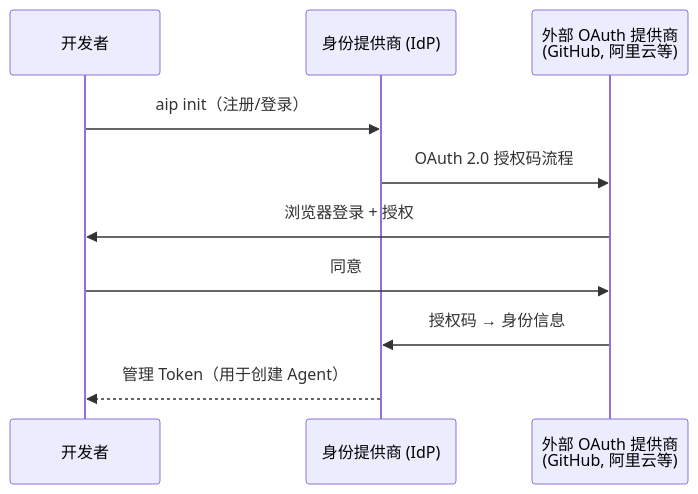
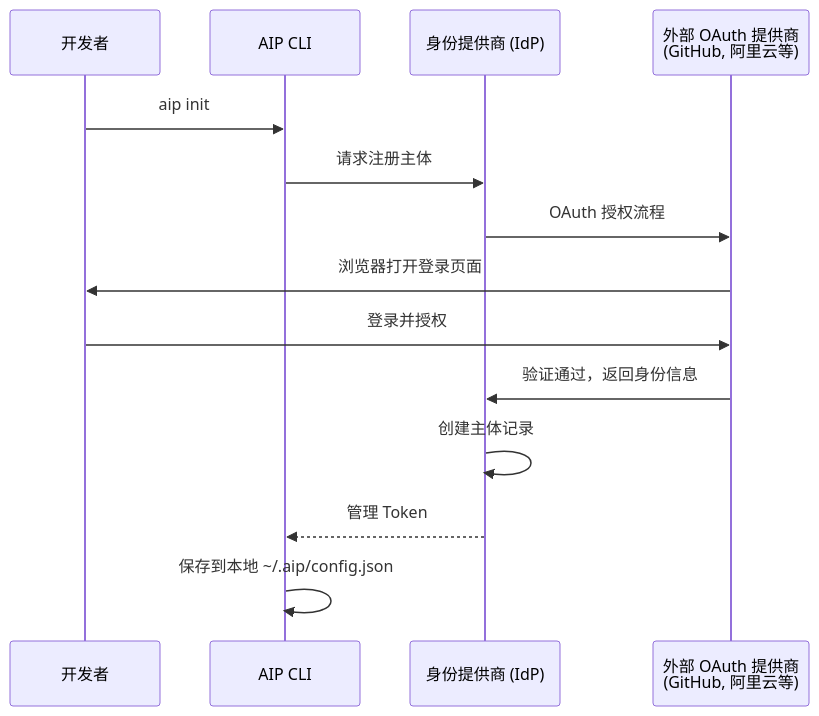
The first of 8 diagrams in README.md (agentscope-ai/agent-identity), drawn with Mermaid before and after one commit. The commit also changed other lines of this file, not shown here.

````diff
--- a/README.md
+++ b/README.md
@@ -42,13 +42,17 @@
 ```mermaid
 sequenceDiagram
     participant Dev as 开发者
+    participant CLI as AIP CLI
     participant IdP as 身份提供商 (IdP)
     participant OAuth as 外部 OAuth 提供商<br/>(GitHub, 阿里云等)
 
-    Dev->>IdP: aip init（注册/登录）
-    IdP->>OAuth: OAuth 2.0 授权码流程
-    OAuth->>Dev: 浏览器登录 + 授权
-    Dev->>OAuth: 同意
-    OAuth->>IdP: 授权码 → 身份信息
-    IdP-->>Dev: 管理 Token（用于创建 Agent）
+    Dev->>CLI: aip init
+    CLI->>IdP: 请求注册主体
+    IdP->>OAuth: OAuth 授权流程
+    OAuth->>Dev: 浏览器打开登录页面
+    Dev->>OAuth: 登录并授权
+    OAuth->>IdP: 验证通过，返回身份信息
+    IdP->>IdP: 创建主体记录
+    IdP-->>CLI: 管理 Token
+    CLI->>CLI: 保存到本地 ~/.aip/config.json
 ```
````
